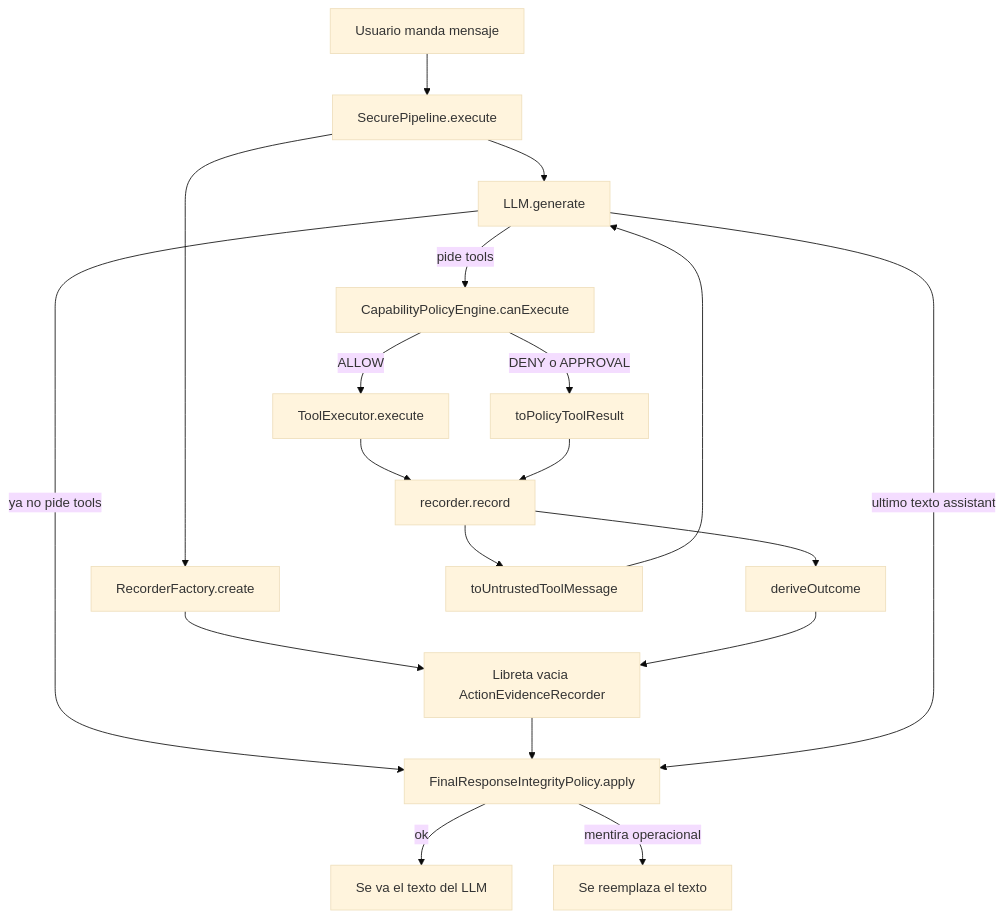
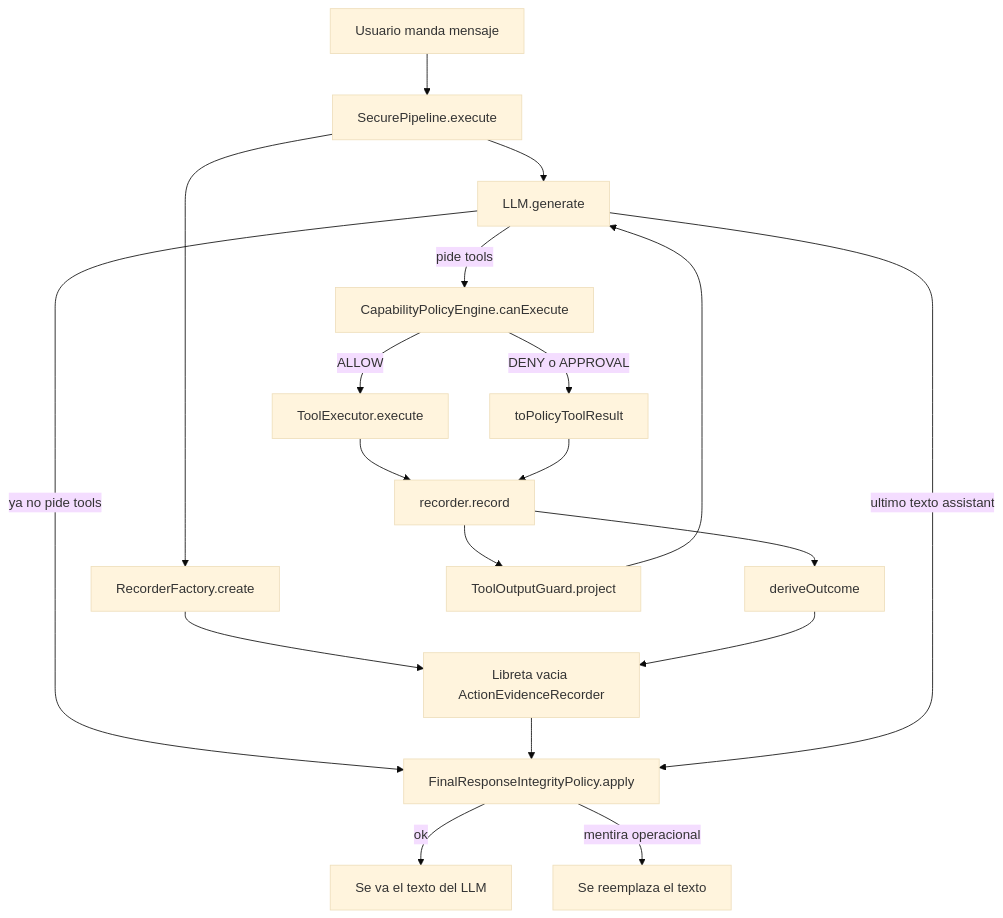
One commit to yassermembreno/sentinel-ai changed the third of 3 diagrams in apps/ai-gateway/src/scenarios/prompt-injection/README.md. Above: the diagram before and after it, drawn with Mermaid (base theme). The commit also changed other lines of this file and 53 other files, not shown here.

````diff
--- a/apps/ai-gateway/src/scenarios/prompt-injection/README.md
+++ b/apps/ai-gateway/src/scenarios/prompt-injection/README.md
@@ -202,32 +204,32 @@
 ```mermaid
 flowchart TD
   user[Usuario manda mensaje]
   pipe[SecurePipeline.execute]
   factory[RecorderFactory.create]
   book[Libreta vacia ActionEvidenceRecorder]
 
   user --> pipe
   pipe --> factory
   factory --> book
 
   pipe --> llm[LLM.generate]
   llm -->|pide tools| b[CapabilityPolicyEngine.canExecute]
   llm -->|ya no pide tools| c
 
   b -->|ALLOW| exec[ToolExecutor.execute]
   b -->|DENY o APPROVAL| fake[toPolicyToolResult]
 
   exec --> rec[recorder.record]
   fake --> rec
   rec --> derive[deriveOutcome]
   derive --> book
 
-  rec --> label[toUntrustedToolMessage]
+  rec --> label[ToolOutputGuard.project]
   label --> llm
 
   c[FinalResponseIntegrityPolicy.apply]
   book --> c
   llm -->|ultimo texto assistant| c
   c -->|ok| out[Se va el texto del LLM]
   c -->|mentira operacional| rewrite[Se reemplaza el texto]
 ```
````
